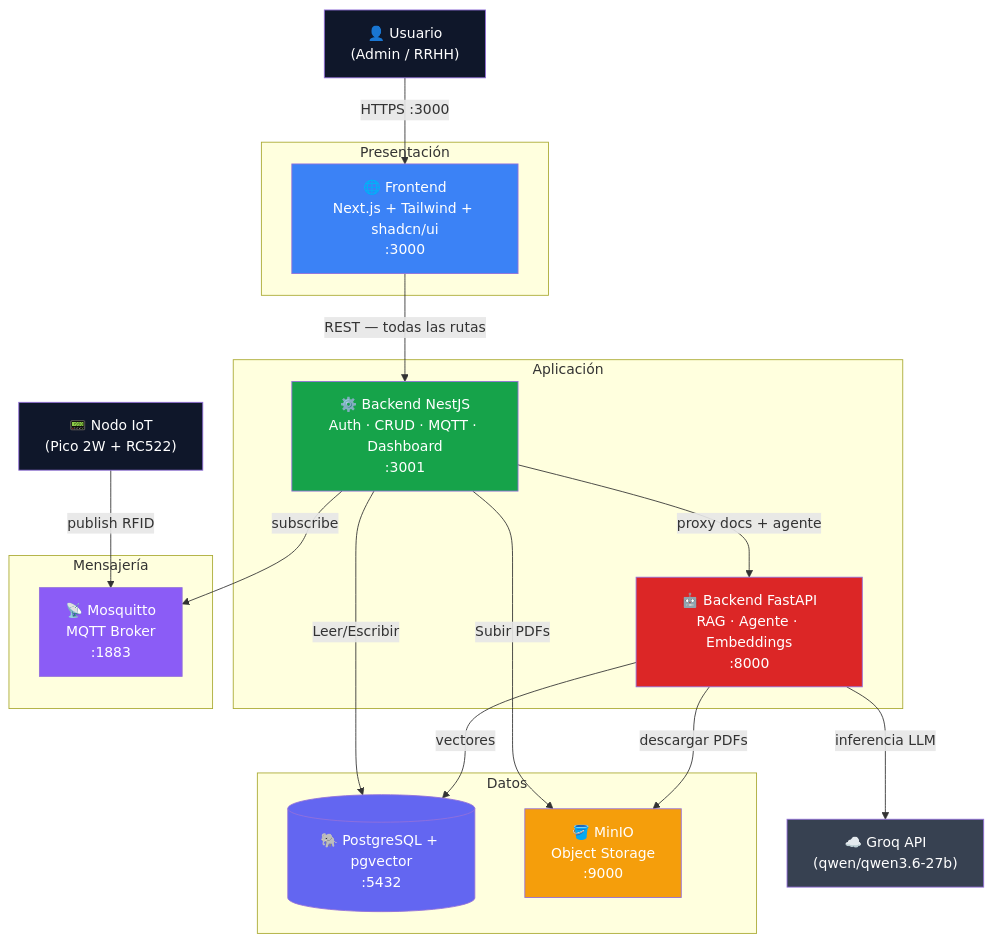
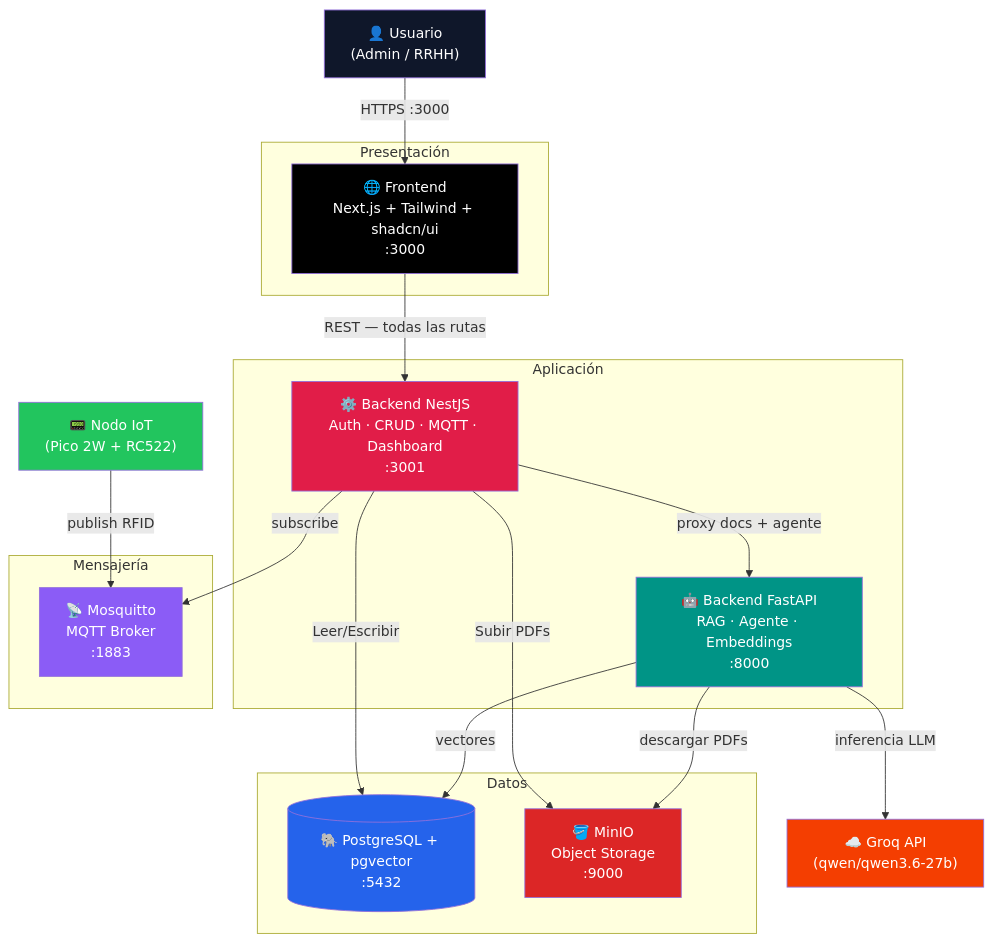
One commit to marianodr/kuaai-intelligent-hrms changed the second of 13 diagrams in ARCHITECTURE.md. Above: the diagram before and after it, drawn with Mermaid. The commit also changed other lines of this file, not shown here.

First line of the commit message:
docs: actualizar paleta de colores de los diagramas en ARCHITECTURE.md

````diff
--- a/ARCHITECTURE.md
+++ b/ARCHITECTURE.md
@@ -59,45 +59,45 @@
 ```mermaid
 graph TB
     USER["👤 Usuario\n(Admin / RRHH)"]
     IOT["📟 Nodo IoT\n(Pico 2W + RC522)"]
     GROQ["☁️ Groq API\n(qwen/qwen3.6-27b)"]
 
     subgraph PRES ["Presentación"]
         FE["🌐 Frontend\nNext.js + Tailwind + shadcn/ui\n:3000"]
     end
 
     subgraph APP ["Aplicación"]
         NEST["⚙️ Backend NestJS\nAuth · CRUD · MQTT · Dashboard\n:3001"]
         FAPI["🤖 Backend FastAPI\nRAG · Agente · Embeddings\n:8000"]
     end
 
     subgraph MSG ["Mensajería"]
         MQTT["📡 Mosquitto\nMQTT Broker\n:1883"]
     end
 
     subgraph DATA ["Datos"]
         PG[("🐘 PostgreSQL + pgvector\n:5432")]
         MINIO["🪣 MinIO\nObject Storage\n:9000"]
     end
 
     USER  -->|"HTTPS :3000"| FE
     FE    -->|"REST — todas las rutas"| NEST
     NEST  -->|"proxy docs + agente"| FAPI
     NEST  -->|"Leer/Escribir"| PG
     NEST  -->|"Subir PDFs"| MINIO
     NEST  -->|"subscribe"| MQTT
     FAPI  -->|"vectores"| PG
     FAPI  -->|"descargar PDFs"| MINIO
     FAPI  -->|"inferencia LLM"| GROQ
     IOT   -->|"publish RFID"| MQTT
 
-    style FE   fill:#3b82f6,color:#fff
-    style NEST fill:#16a34a,color:#fff
-    style FAPI fill:#dc2626,color:#fff
-    style PG   fill:#6366f1,color:#fff
-    style MINIO fill:#f59e0b,color:#fff
-    style MQTT fill:#8b5cf6,color:#fff
+    style FE   fill:#000000,color:#fff
+    style NEST fill:#e11d48,color:#fff
+    style FAPI fill:#009486,color:#fff
+    style PG   fill:#2563EB,color:#fff
+    style MINIO fill:#DC2626,color:#fff
+    style MQTT fill:#8B5CF6,color:#fff
     style USER fill:#0f172a,color:#fff
-    style IOT  fill:#0f172a,color:#fff
-    style GROQ fill:#374151,color:#fff
+    style IOT  fill:#22C55E,color:#fff
+    style GROQ fill:#F43E01,color:#fff
 ```
````
